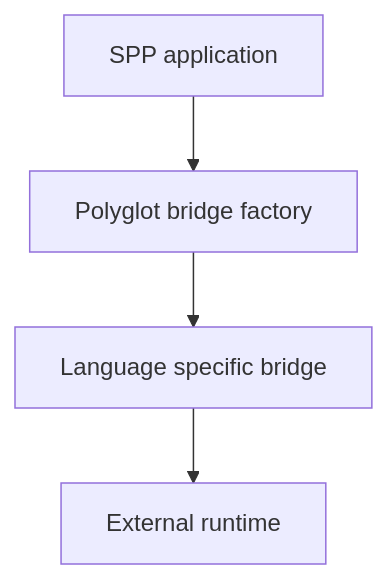
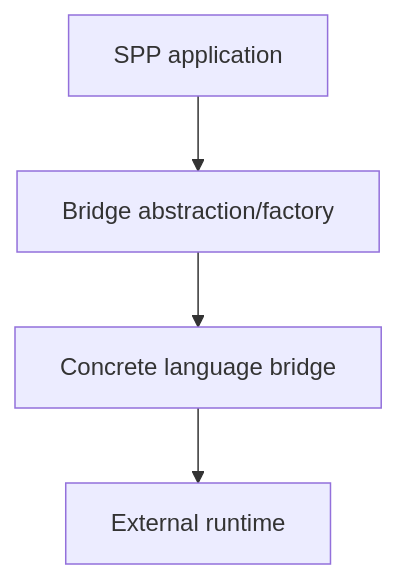
Before and after one commit to shuklasp/spp: the fourth of 9 diagrams in documentation/handbook/21-enterprise-architecture-and-deployment.md, drawn with Mermaid. The commit also changed other lines of this file, not shown here.

Commit message:
docs: reconcile enterprise architecture boundaries

````diff
--- a/documentation/handbook/21-enterprise-architecture-and-deployment.md
+++ b/documentation/handbook/21-enterprise-architecture-and-deployment.md
@@ -131,6 +83,6 @@
 ```mermaid
 flowchart TD
-    A[SPP application] --> B[Polyglot bridge factory]
-    B --> C[Language specific bridge]
+    A[SPP application] --> B[Bridge abstraction/factory]
+    B --> C[Concrete language bridge]
     C --> D[External runtime]
 ```
````
